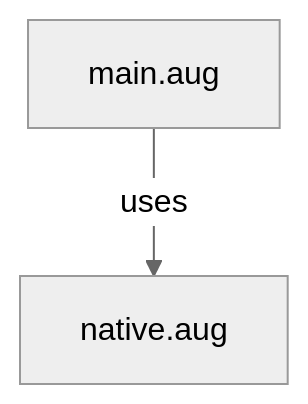
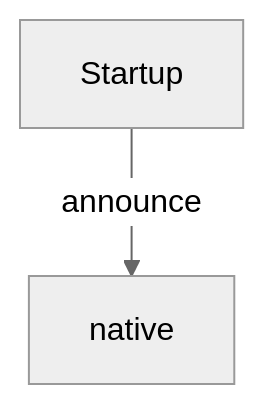
The diagram in docs/examples/ffi/diagrams/index.md (GreenPandaStudios/augscript), drawn with Mermaid (neutral theme) before and after one commit. The commit also changed other lines of this file and 524 other files, not shown here.

Commit message:
Explain checked data flow at folder and service levels

````diff
--- a/docs/examples/ffi/diagrams/index.md
+++ b/docs/examples/ffi/diagrams/index.md
@@ -29,6 +19,6 @@
 ```mermaid
 flowchart TD
-    n0["main.aug"]
-    n1["native.aug"]
-    n0 -->|"uses"| n1
+    n0["Startup"]
+    n1["native"]
+    n0 -->|"announce"| n1
 ```
````
